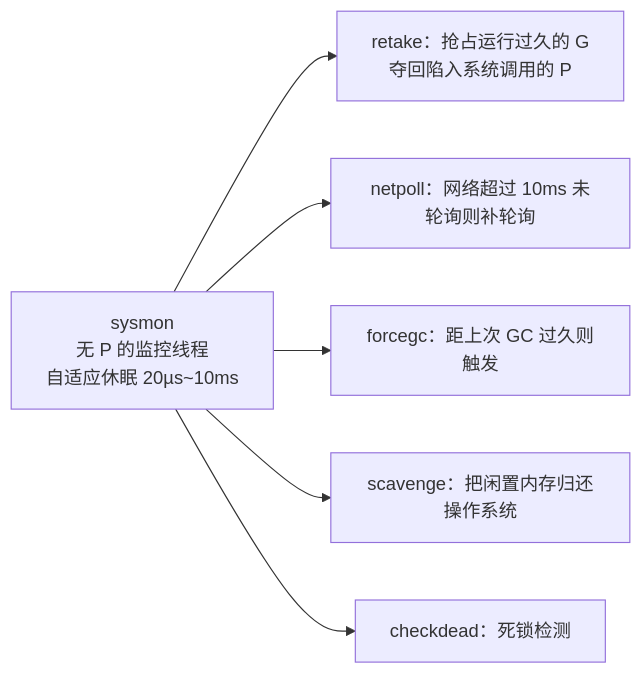
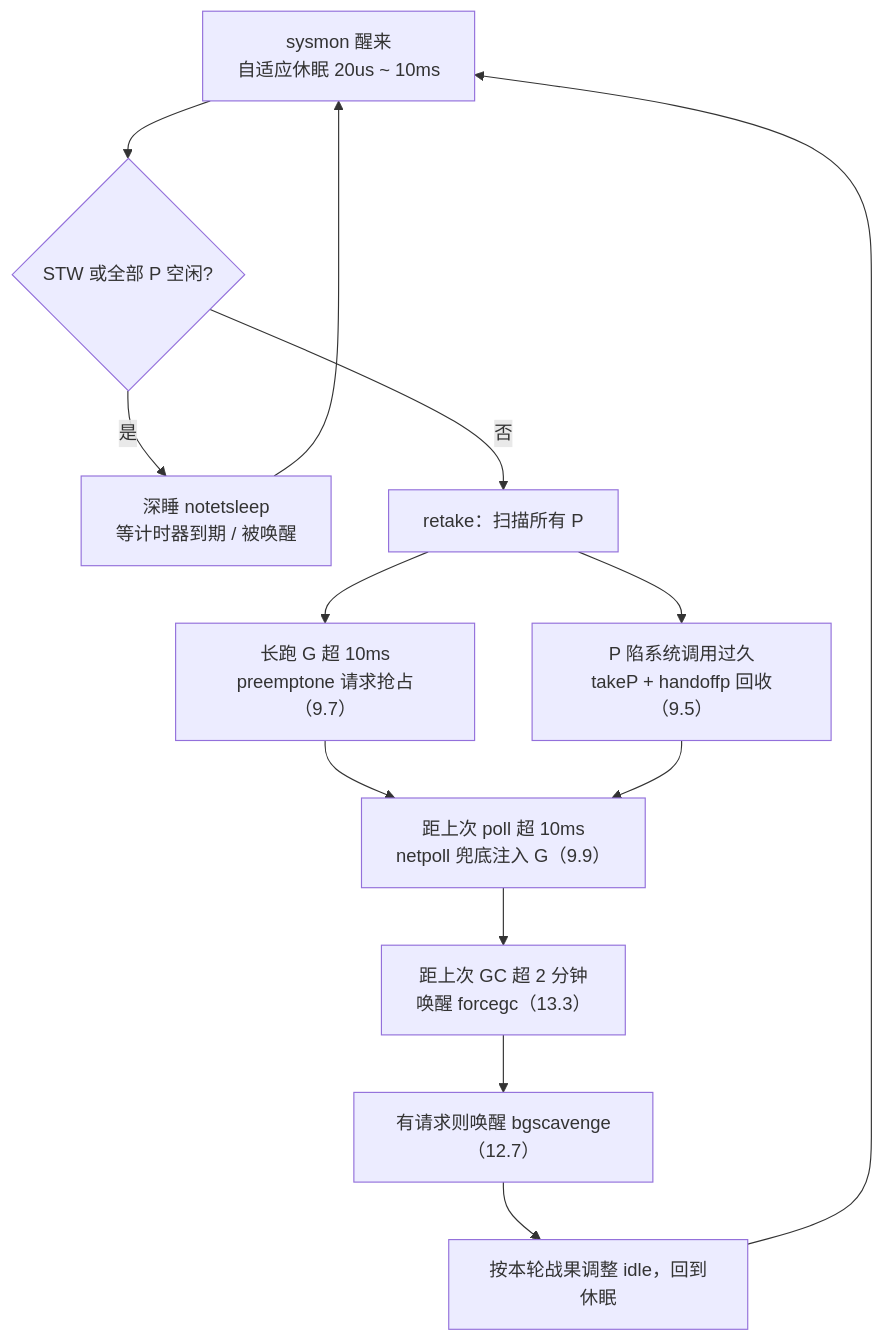
The diagram in book/zh-cn/part3concurrency/ch09sched/sysmon.md (golang-design/under-the-hood), drawn with Mermaid before and after one commit. The commit also changed other lines of this file and 6 other files, not shown here.

````diff
--- a/book/zh-cn/part3concurrency/ch09sched/sysmon.md
+++ b/book/zh-cn/part3concurrency/ch09sched/sysmon.md
@@ -24,8 +215,15 @@
 ```mermaid
-flowchart LR
-    SM["sysmon<br/>无 P 的监控线程<br/>自适应休眠 20µs~10ms"] --> R["retake：抢占运行过久的 G<br/>夺回陷入系统调用的 P"]
-    SM --> NP["netpoll：网络超过 10ms 未轮询则补轮询"]
-    SM --> GC["forcegc：距上次 GC 过久则触发"]
-    SM --> SV["scavenge：把闲置内存归还操作系统"]
-    SM --> DL["checkdead：死锁检测"]
+flowchart TD
+    START["sysmon 醒来<br/>自适应休眠 20us ~ 10ms"] --> STW{STW 或全部 P 空闲?}
+    STW -->|是| DEEP["深睡 notetsleep<br/>等计时器到期 / 被唤醒"]
+    DEEP --> START
+    STW -->|否| RETAKE["retake：扫描所有 P"]
+    RETAKE --> LONG["长跑 G 超 10ms<br/>preemptone 请求抢占（9.7）"]
+    RETAKE --> SYS["P 陷系统调用过久<br/>takeP + handoffp 回收（9.5）"]
+    LONG --> NET["距上次 poll 超 10ms<br/>netpoll 兜底注入 G（9.9）"]
+    SYS --> NET
+    NET --> GC["距上次 GC 超 2 分钟<br/>唤醒 forcegc（13.3）"]
+    GC --> SCAV["有请求则唤醒 bgscavenge（12.7）"]
+    SCAV --> LOOP["按本轮战果调整 idle，回到休眠"]
+    LOOP --> START
 ```
````
